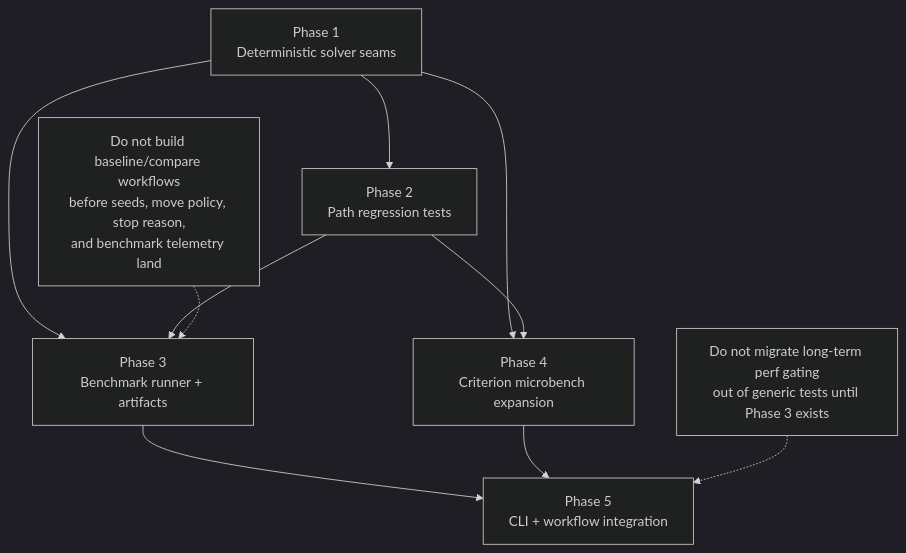
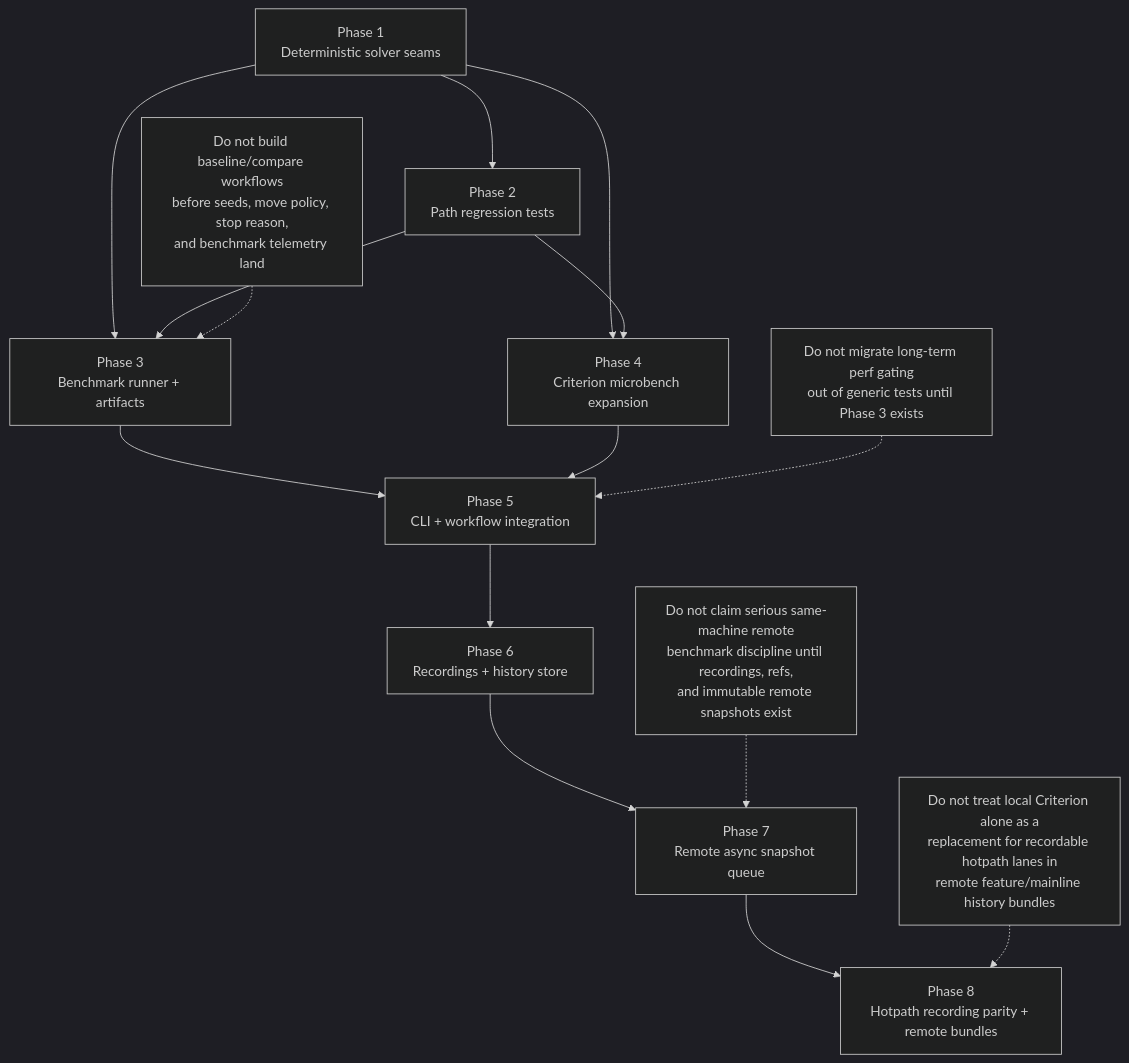
The third of 3 diagrams in docs/BENCHMARKING_ARCHITECTURE.md (guwidoe/GroupMixer), drawn with Mermaid (dark theme) before and after one commit. The commit also changed other lines of this file, not shown here.

Commit message:
docs(benchmarking): add remote benchmark operations architecture

````diff
--- a/docs/BENCHMARKING_ARCHITECTURE.md
+++ b/docs/BENCHMARKING_ARCHITECTURE.md
@@ -934,16 +1313,23 @@
 ```mermaid
 flowchart TD
     P1[Phase 1\nDeterministic solver seams] --> P2[Phase 2\nPath regression tests]
     P1 --> P3[Phase 3\nBenchmark runner + artifacts]
     P1 --> P4[Phase 4\nCriterion microbench expansion]
     P2 --> P3
     P2 --> P4
     P3 --> P5[Phase 5\nCLI + workflow integration]
     P4 --> P5
+    P5 --> P6[Phase 6\nRecordings + history store]
+    P6 --> P7[Phase 7\nRemote async snapshot queue]
+    P7 --> P8[Phase 8\nHotpath recording parity + remote bundles]
 
     note1[Do not build baseline/compare workflows\nbefore seeds, move policy, stop reason,\nand benchmark telemetry land]
     note2[Do not migrate long-term perf gating\nout of generic tests until Phase 3 exists]
+    note3[Do not claim serious same-machine remote\nbenchmark discipline until recordings, refs,\nand immutable remote snapshots exist]
+    note4[Do not treat local Criterion alone as a\nreplacement for recordable hotpath lanes in\nremote feature/mainline history bundles]
 
     note1 -.-> P3
     note2 -.-> P5
+    note3 -.-> P7
+    note4 -.-> P8
 ```
````
